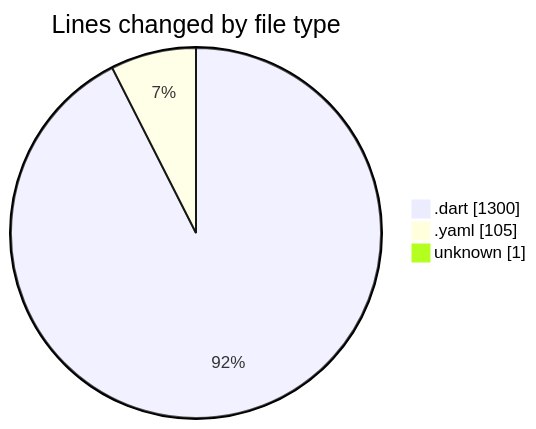
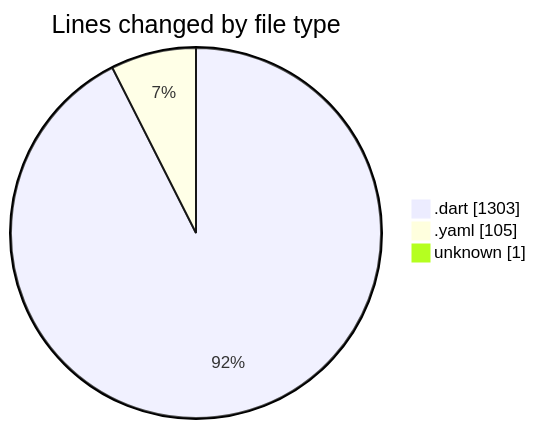
The first of 2 diagrams in 2025-03-08/uber_clone/README.md (donsfak/code-tracking), drawn with Mermaid before and after one commit. The commit also changed other lines of this file and 1 other file, not shown here.

````diff
--- a/2025-03-08/uber_clone/README.md
+++ b/2025-03-08/uber_clone/README.md
@@ -24,7 +24,7 @@
 ```mermaid
 pie showData
 title Lines changed by file type
-".dart" : 1300
+".dart" : 1303
 ".yaml" : 105
 "unknown" : 1
 ```
````
